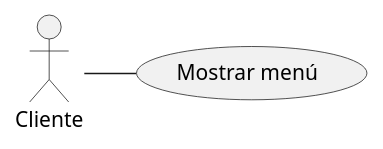
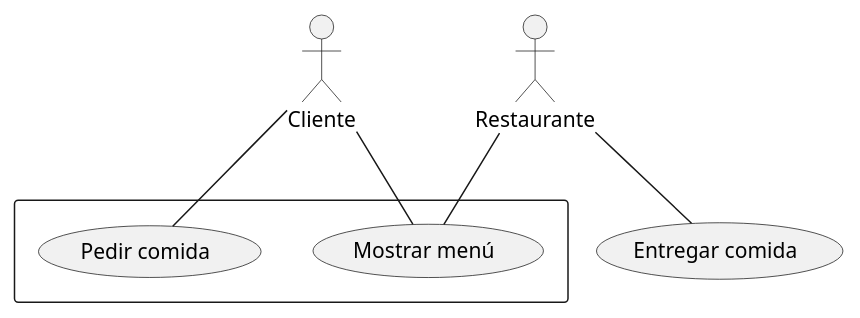
Before and after one commit to preguntitas/PlantUml: the diagram in src/diagrama de casos.puml, drawn with PlantUML. The commit also changed 1 other file, not shown here.

Commit message:
Diagrama sistema

```diff
--- a/src/diagrama de casos.puml
+++ b/src/diagrama de casos.puml
@@ -1,3 +1,16 @@
 @startuml
-:Cliente: - (Mostrar menú)
+' DEFINICIONES
+:Cliente: as cliente
+:Restaurante: as restaurante
+rectangle {
+(Mostrar menú) as mostrar
+(Pedir comida) as pedir
+}
+(Entregar comida) as entregar
+
+' RELACIONES
+cliente -- mostrar
+cliente -- pedir
+restaurante -- mostrar
+restaurante -- entregar
 @enduml
```
